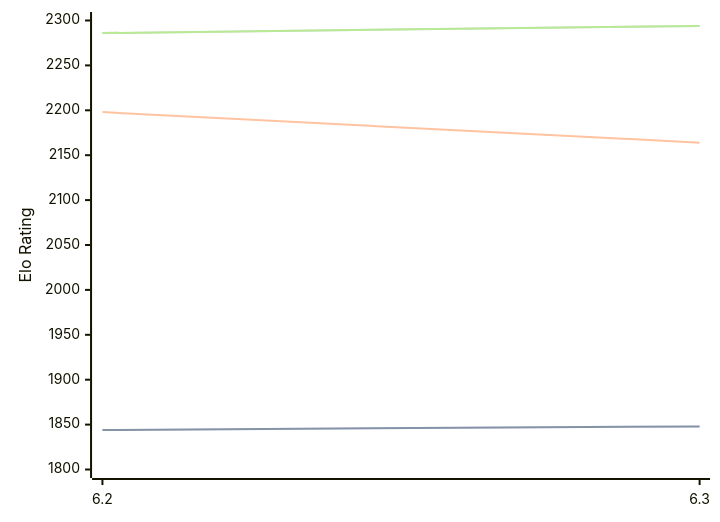
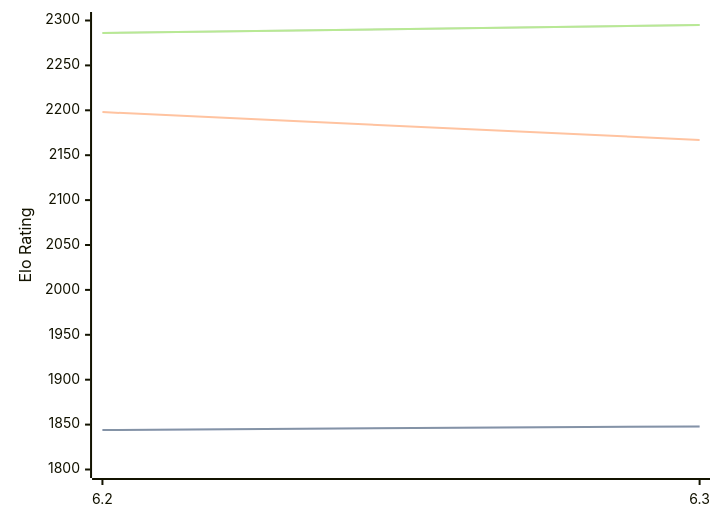
One commit to computer-chess-index/cci changed the diagram in engines/chess4j.md. Above: the diagram before and after it, drawn with Mermaid. The commit also changed other lines of this file, not shown here.

Commit message:
Update CCI Ratings (ELO VLTC) - 2026-08-05

````diff
--- a/engines/chess4j.md
+++ b/engines/chess4j.md
@@ -38,11 +38,11 @@
 ```mermaid
 %%{init: {"theme":"base","themeVariables":{"seriesColors:['#a3a3a3','#222221','#faa371']}}}%%
 xychart-beta
   x-axis ["6.2", "6.3"]
   y-axis "Elo Rating" 1800 --> 2300
   line "STC (8.0+0.08s)" [1844, 1848]
   line "STC (8.0+0.08s)" [1844, 1848]
-  line "LTC (60.0+0.60s)" [2198, 2164]
-  line "VLTC (2m24s+1.12s)" [2286, 2294]
-  line "VLTC (2m24s+1.12s)" [2286, 2294]
+  line "LTC (60.0+0.60s)" [2198, 2167]
+  line "VLTC (2m24s+1.12s)" [2286, 2295]
+  line "VLTC (2m24s+1.12s)" [2286, 2295]
 ```
````
